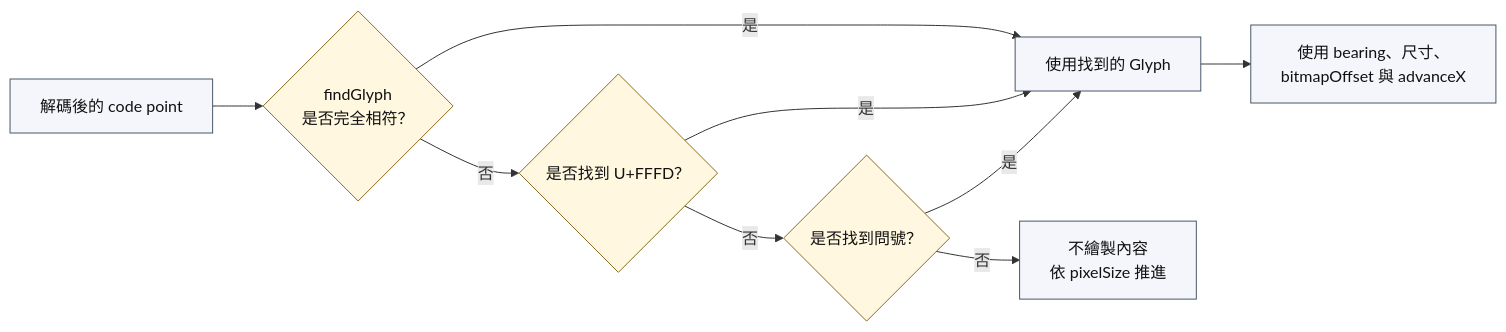
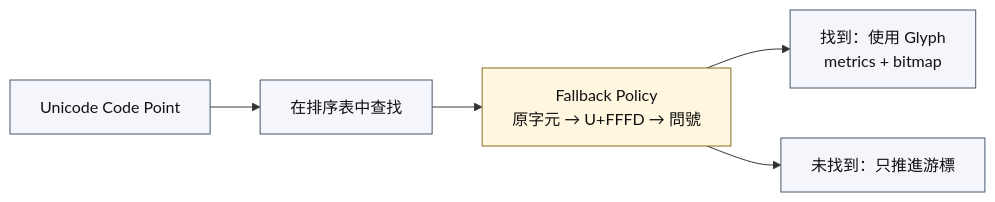
Before and after one commit to YuanOwO/CG-hw1-paint: the diagram in docs/figures-src/app_b_gfnt-glyph-lookup.mmd, drawn with Mermaid. The commit also changed 42 other files, not shown here.

First line of the commit message:
docs: 重整報告內容並更新圖表資源

```diff
--- a/docs/figures-src/app_b_gfnt-glyph-lookup.mmd
+++ b/docs/figures-src/app_b_gfnt-glyph-lookup.mmd
@@ -1,14 +1,10 @@
 flowchart LR
-    cp[解碼後的 code point] --> exact{findGlyph<br/>是否完全相符？}
-    exact -- 是 --> glyph[使用找到的 Glyph]
-    exact -- 否 --> replacement{是否找到 U+FFFD？}
-    replacement -- 是 --> glyph
-    replacement -- 否 --> question{是否找到問號？}
-    question -- 是 --> glyph
-    question -- 否 --> advance[不繪製內容<br/>依 pixelSize 推進]
-    glyph --> metrics[使用 bearing、尺寸、<br/>bitmapOffset 與 advanceX]
+    cp[Unicode Code Point] --> lookup[在排序表中查找]
+    lookup --> fallback[Fallback Policy<br/>原字元 → U+FFFD → 問號]
+    fallback --> found[找到：使用 Glyph<br/>metrics + bitmap]
+    fallback --> missing[未找到：只推進游標]
 
     classDef step fill:#f4f6fb,stroke:#49566b,color:#111,stroke-width:1px;
     classDef decision fill:#fff7df,stroke:#8a6d1f,color:#111,stroke-width:1px;
-    class cp,glyph,advance,metrics step;
-    class exact,replacement,question decision;
+    class cp,lookup,found,missing step;
+    class fallback decision;
```
